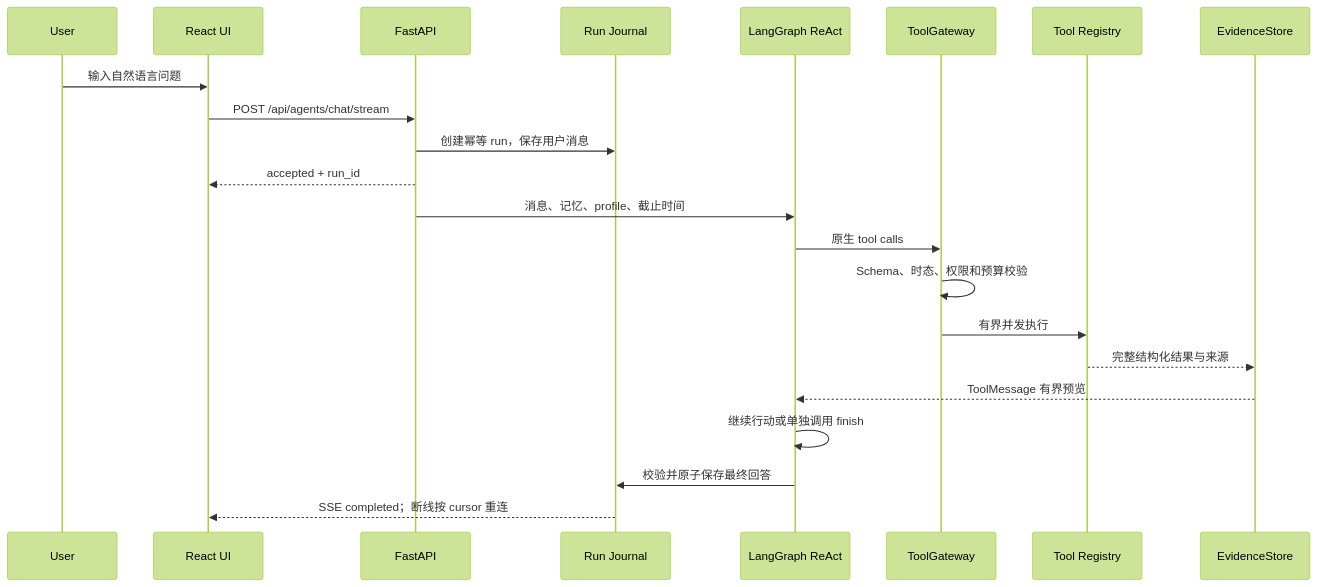
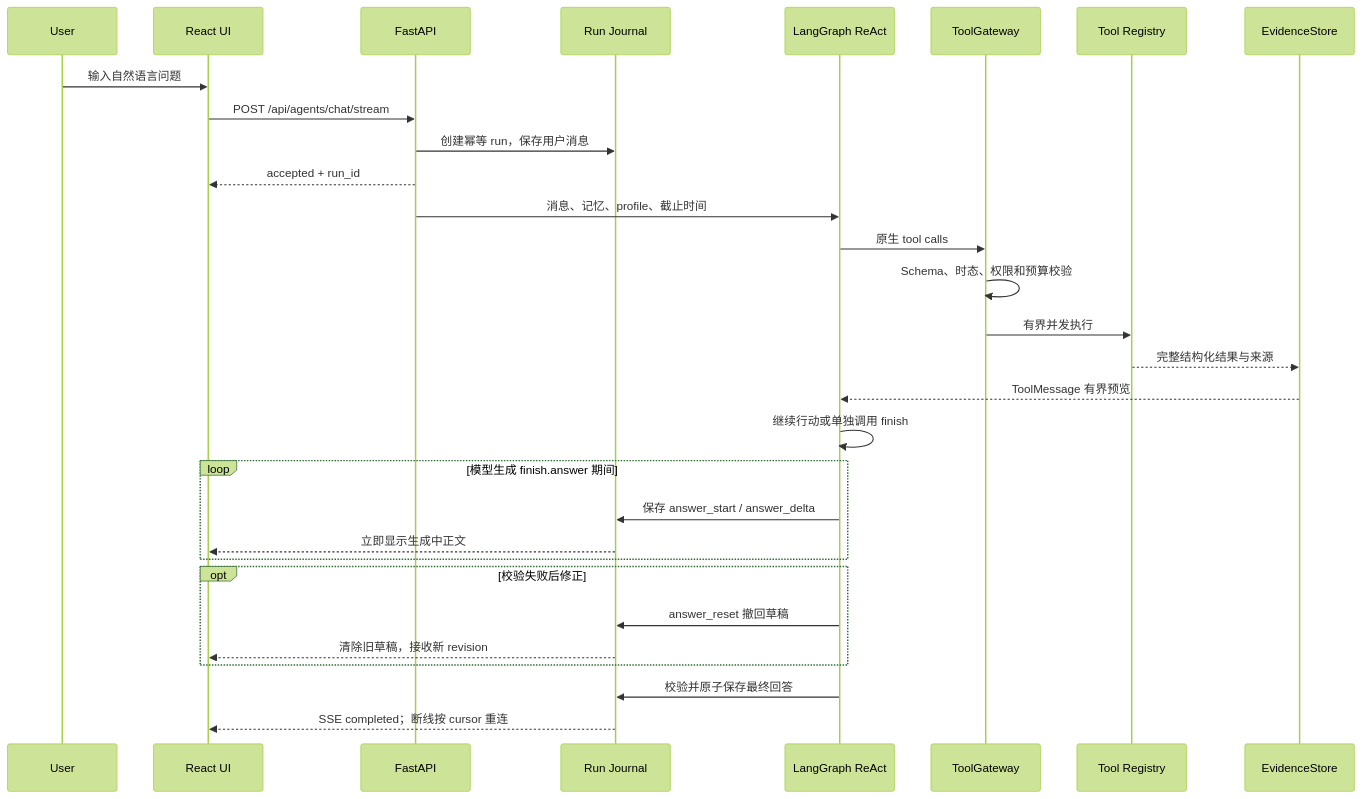
Before and after one commit to bibofu/LimitUpLab: the second of 2 diagrams in README.md, drawn with Mermaid (forest theme). The commit also changed 10 other files, not shown here.

````diff
--- a/README.md
+++ b/README.md
@@ -245,25 +245,33 @@
 ```mermaid
 sequenceDiagram
     participant User
     participant UI as React UI
     participant API as FastAPI
     participant Journal as Run Journal
     participant Graph as LangGraph ReAct
     participant Gateway as ToolGateway
     participant Tools as Tool Registry
     participant Evidence as EvidenceStore
 
     User->>UI: 输入自然语言问题
     UI->>API: POST /api/agents/chat/stream
     API->>Journal: 创建幂等 run，保存用户消息
     API-->>UI: accepted + run_id
     API->>Graph: 消息、记忆、profile、截止时间
     Graph->>Gateway: 原生 tool calls
     Gateway->>Gateway: Schema、时态、权限和预算校验
     Gateway->>Tools: 有界并发执行
     Tools-->>Evidence: 完整结构化结果与来源
     Evidence-->>Graph: ToolMessage 有界预览
     Graph->>Graph: 继续行动或单独调用 finish
+    loop 模型生成 finish.answer 期间
+        Graph->>Journal: 保存 answer_start / answer_delta
+        Journal-->>UI: 立即显示生成中正文
+    end
+    opt 校验失败后修正
+        Graph->>Journal: answer_reset 撤回草稿
+        Journal-->>UI: 清除旧草稿，接收新 revision
+    end
     Graph->>Journal: 校验并原子保存最终回答
     Journal-->>UI: SSE completed；断线按 cursor 重连
 ```
````
